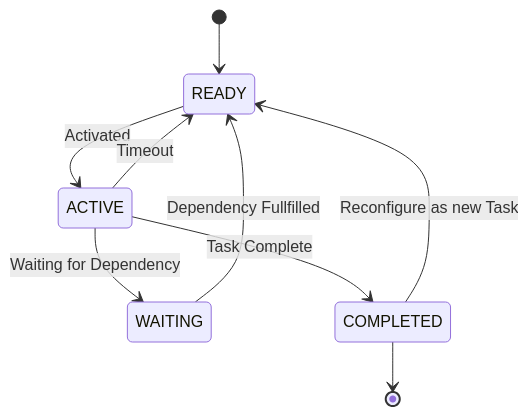
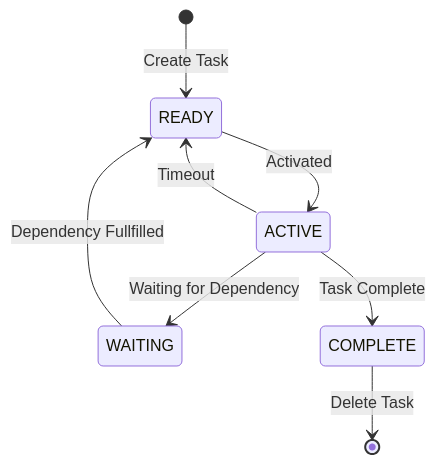
Before and after one commit to sunnymax2002/embedded: the diagram in generic/scheduler/README.md, drawn with Mermaid. The commit also changed other lines of this file and 6 other files, not shown here.

````diff
--- a/generic/scheduler/README.md
+++ b/generic/scheduler/README.md
@@ -3,18 +3,17 @@
 ```mermaid
 stateDiagram-v2
     r : READY
     a : ACTIVE
     w : WAITING
-    c : COMPLETED
+    c : COMPLETE
 
-    [*] --> r
+    [*] --> r : Create Task
     r --> a : Activated
     a --> w : Waiting for Dependency
     w --> r : Dependency Fullfilled
 
     a --> c : Task Complete
-    c --> [*]
-    c --> r : Reconfigure as new Task
+    c --> [*] : Delete Task
 
     a --> r : Timeout
 ```
````
